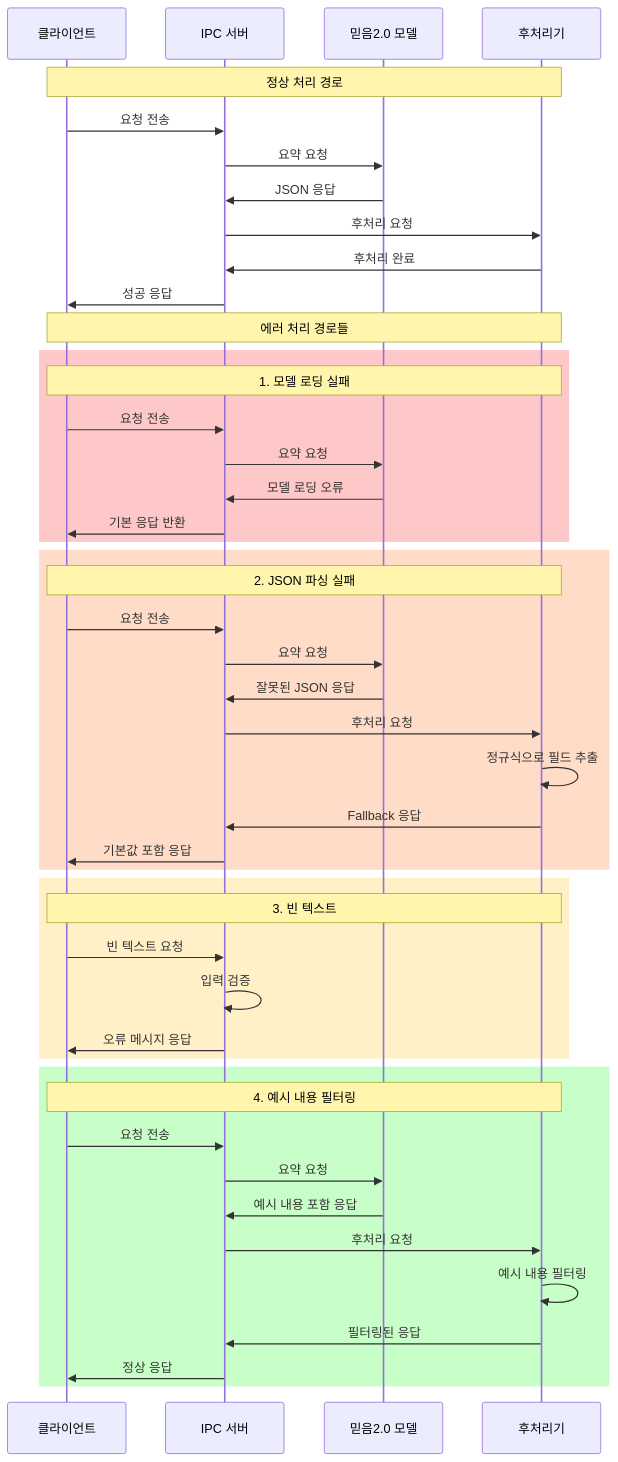
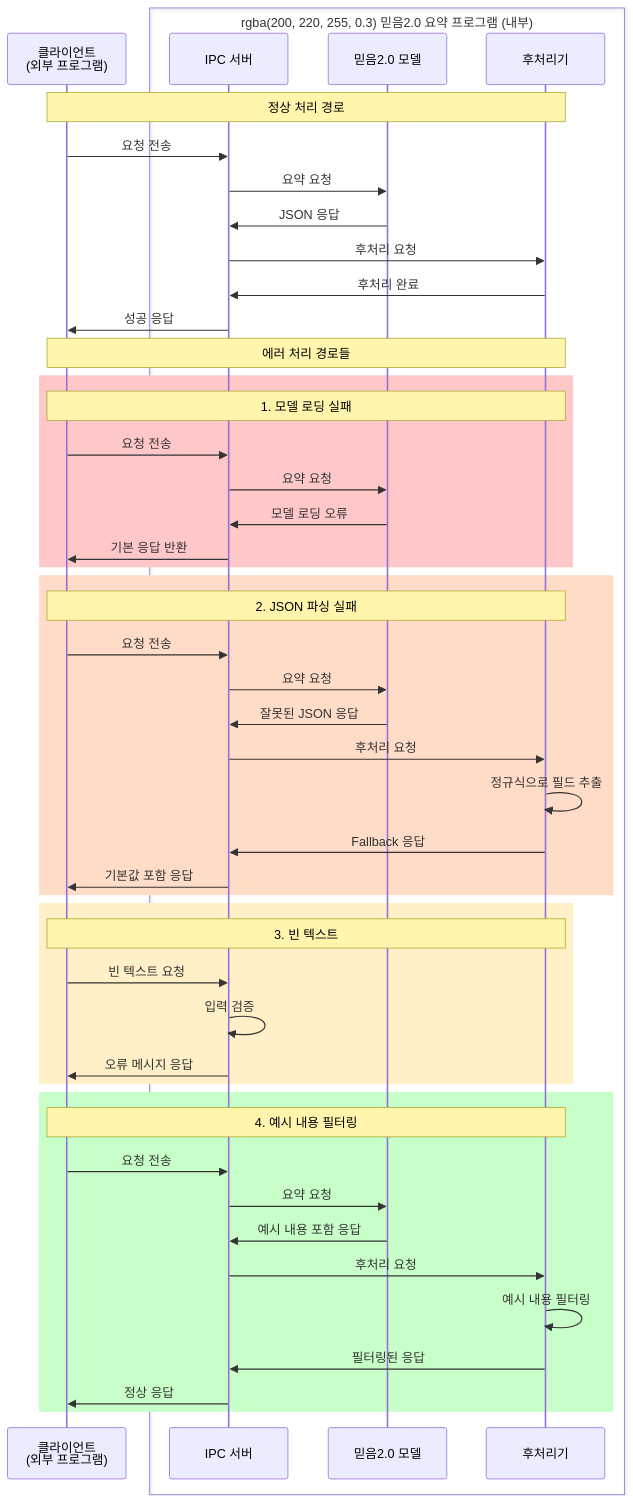
Before and after one commit to hak023/gemma-summarizer-poc: the third of 5 diagrams in sequence_diagram.md, drawn with Mermaid. The commit also changed other lines of this file and 2 other files, not shown here.

First line of the commit message:
시퀀스 다이어그램 수정: 외부/내부 프로그램 구분 명시

````diff
--- a/sequence_diagram.md
+++ b/sequence_diagram.md
@@ -107,53 +113,56 @@
 ```mermaid
 sequenceDiagram
-    participant Client as 클라이언트
-    participant IPC as IPC 서버
-    participant Gemma as 믿음2.0 모델
-    participant Postprocessor as 후처리기
+    participant Client as 클라이언트<br/>(외부 프로그램)
+    
+    box rgba(200, 220, 255, 0.3) 믿음2.0 요약 프로그램 (내부)
+        participant IPC as IPC 서버
+        participant Gemma as 믿음2.0 모델
+        participant Postprocessor as 후처리기
+    end
 
     Note over Client,Postprocessor: 정상 처리 경로
     Client->>IPC: 요청 전송
     IPC->>Gemma: 요약 요청
     Gemma->>IPC: JSON 응답
     IPC->>Postprocessor: 후처리 요청
     Postprocessor->>IPC: 후처리 완료
     IPC->>Client: 성공 응답
 
     Note over Client,Postprocessor: 에러 처리 경로들
     rect rgb(255, 200, 200)
         Note over Client,Postprocessor: 1. 모델 로딩 실패
         Client->>IPC: 요청 전송
         IPC->>Gemma: 요약 요청
         Gemma->>IPC: 모델 로딩 오류
         IPC->>Client: 기본 응답 반환
     end
 
     rect rgb(255, 220, 200)
         Note over Client,Postprocessor: 2. JSON 파싱 실패
         Client->>IPC: 요청 전송
         IPC->>Gemma: 요약 요청
         Gemma->>IPC: 잘못된 JSON 응답
         IPC->>Postprocessor: 후처리 요청
         Postprocessor->>Postprocessor: 정규식으로 필드 추출
         Postprocessor->>IPC: Fallback 응답
         IPC->>Client: 기본값 포함 응답
     end
 
     rect rgb(255, 240, 200)
         Note over Client,Postprocessor: 3. 빈 텍스트
         Client->>IPC: 빈 텍스트 요청
         IPC->>IPC: 입력 검증
         IPC->>Client: 오류 메시지 응답
     end
 
     rect rgb(200, 255, 200)
         Note over Client,Postprocessor: 4. 예시 내용 필터링
         Client->>IPC: 요청 전송
         IPC->>Gemma: 요약 요청
         Gemma->>IPC: 예시 내용 포함 응답
         IPC->>Postprocessor: 후처리 요청
         Postprocessor->>Postprocessor: 예시 내용 필터링
         Postprocessor->>IPC: 필터링된 응답
         IPC->>Client: 정상 응답
     end
 ```
````
